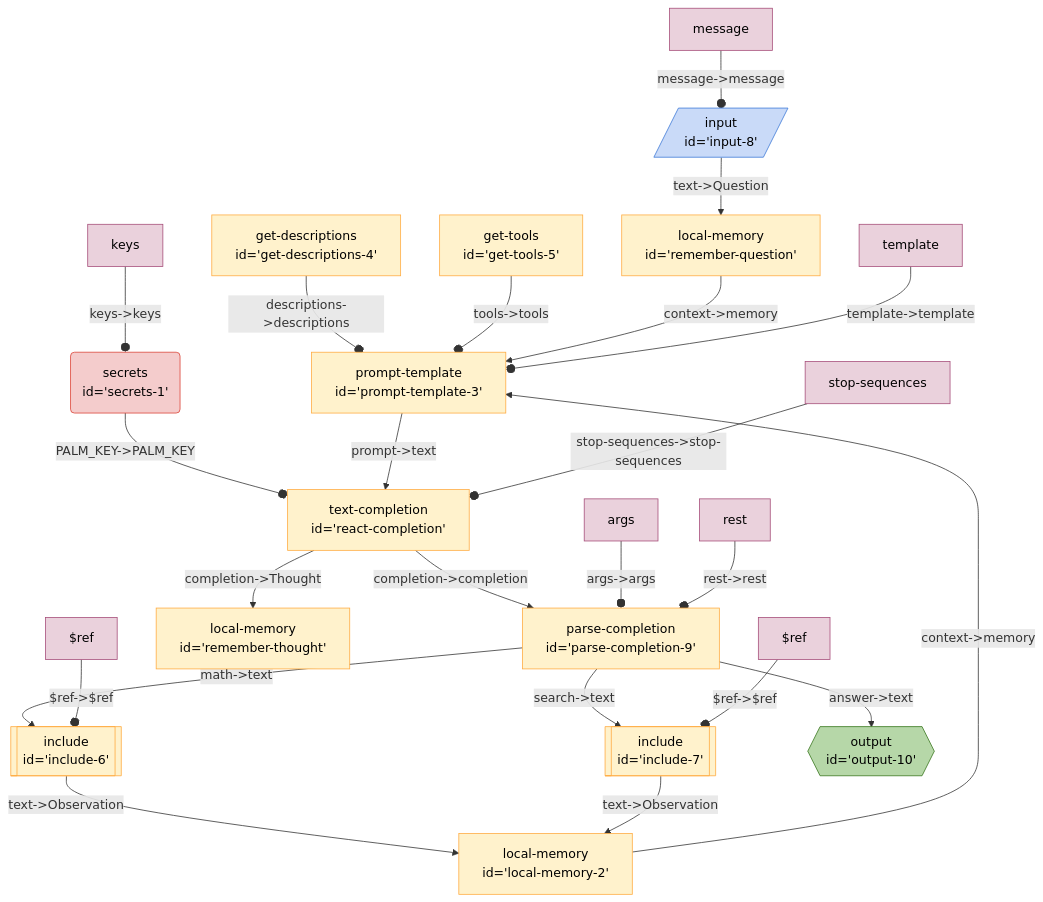
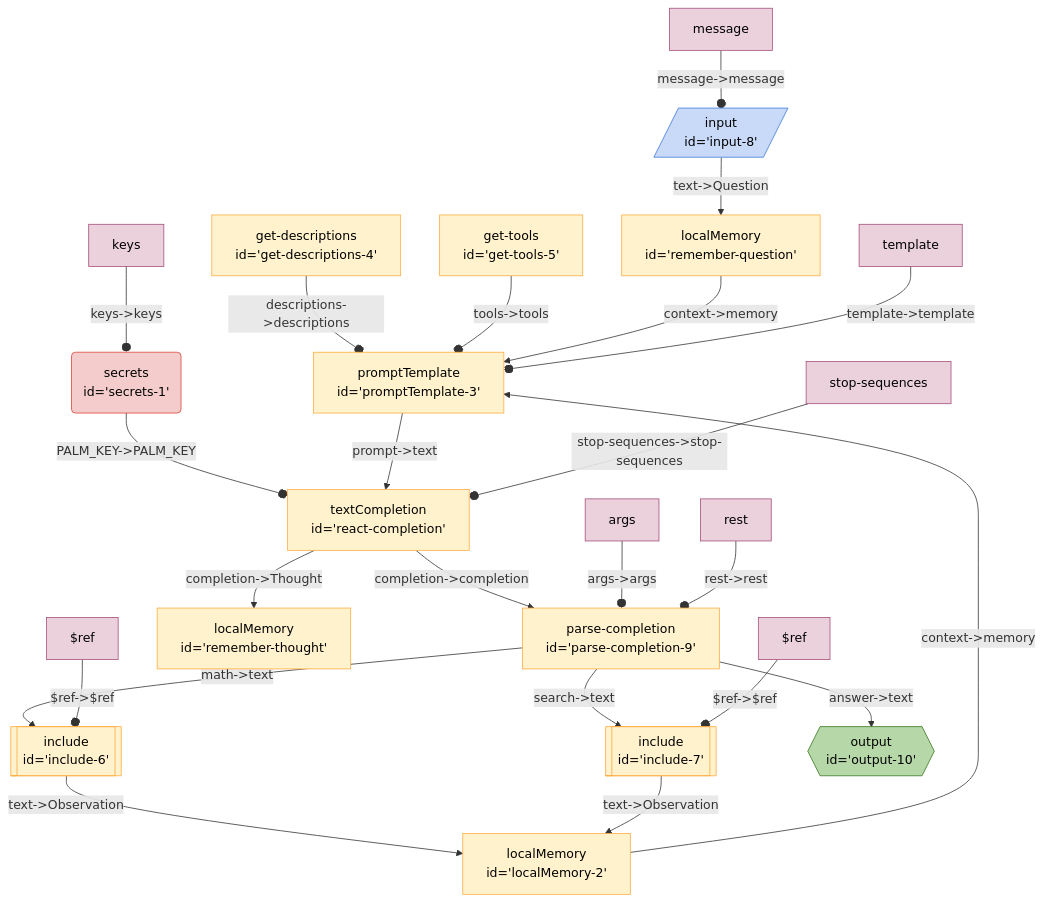
Before and after one commit to breadboard-ai/breadboard: the diagram in seeds/graph-playground/docs/graphs/react-with-include.md, drawn with Mermaid. The commit also changed 41 other files, not shown here.

````diff
--- a/seeds/graph-playground/docs/graphs/react-with-include.md
+++ b/seeds/graph-playground/docs/graphs/react-with-include.md
@@ -5,62 +5,62 @@
   ```mermaid
   %%{init: 'themeVariables': { 'fontFamily': 'Fira Code, monospace' }}%%
 graph TD;
 getdescriptions4["get-descriptions
-id='get-descriptions-4'"] -- "descriptions->descriptions" --o prompttemplate3["prompt-template
-id='prompt-template-3'"]
+id='get-descriptions-4'"] -- "descriptions->descriptions" --o promptTemplate3["promptTemplate
+id='promptTemplate-3'"]
 gettools5["get-tools
-id='get-tools-5'"] -- "tools->tools" --o prompttemplate3["prompt-template
-id='prompt-template-3'"]
-localmemory2["local-memory
-id='local-memory-2'"] -- "context->memory" --> prompttemplate3["prompt-template
-id='prompt-template-3'"]
+id='get-tools-5'"] -- "tools->tools" --o promptTemplate3["promptTemplate
+id='promptTemplate-3'"]
+localMemory2["localMemory
+id='localMemory-2'"] -- "context->memory" --> promptTemplate3["promptTemplate
+id='promptTemplate-3'"]
 secrets1("secrets
-id='secrets-1'"):::secrets -- "PALM_KEY->PALM_KEY" --o reactcompletion["text-completion
+id='secrets-1'"):::secrets -- "PALM_KEY->PALM_KEY" --o reactcompletion["textCompletion
 id='react-completion'"]
 include6[["include
-id='include-6'"]]:::include -- "text->Observation" --> localmemory2["local-memory
-id='local-memory-2'"]
+id='include-6'"]]:::include -- "text->Observation" --> localMemory2["localMemory
+id='localMemory-2'"]
 include7[["include
-id='include-7'"]]:::include -- "text->Observation" --> localmemory2["local-memory
-id='local-memory-2'"]
+id='include-7'"]]:::include -- "text->Observation" --> localMemory2["localMemory
+id='localMemory-2'"]
 parsecompletion9["parse-completion
 id='parse-completion-9'"] -- "search->text" --> include7[["include
 id='include-7'"]]:::include
 parsecompletion9["parse-completion
 id='parse-completion-9'"] -- "math->text" --> include6[["include
 id='include-6'"]]:::include
 parsecompletion9["parse-completion
 id='parse-completion-9'"] -- "answer->text" --> output10{{"output
 id='output-10'"}}:::output
-reactcompletion["text-completion
+reactcompletion["textCompletion
 id='react-completion'"] -- "completion->completion" --> parsecompletion9["parse-completion
 id='parse-completion-9'"]
-reactcompletion["text-completion
-id='react-completion'"] -- "completion->Thought" --> rememberthought["local-memory
+reactcompletion["textCompletion
+id='react-completion'"] -- "completion->Thought" --> rememberthought["localMemory
 id='remember-thought'"]
-prompttemplate3["prompt-template
-id='prompt-template-3'"] -- "prompt->text" --> reactcompletion["text-completion
+promptTemplate3["promptTemplate
+id='promptTemplate-3'"] -- "prompt->text" --> reactcompletion["textCompletion
 id='react-completion'"]
-rememberquestion["local-memory
-id='remember-question'"] -- "context->memory" --> prompttemplate3["prompt-template
-id='prompt-template-3'"]
+rememberquestion["localMemory
+id='remember-question'"] -- "context->memory" --> promptTemplate3["promptTemplate
+id='promptTemplate-3'"]
 input8[/"input
-id='input-8'"/]:::input -- "text->Question" --> rememberquestion["local-memory
+id='input-8'"/]:::input -- "text->Question" --> rememberquestion["localMemory
 id='remember-question'"]
 keyssecrets1[keys]:::config -- "keys->keys" --o secrets1
-templateprompttemplate3[template]:::config -- "template->template" --o prompttemplate3
+templatepromptTemplate3[template]:::config -- "template->template" --o promptTemplate3
 stopsequencesreactcompletion[stop-sequences]:::config -- "stop-sequences->stop-sequences" --o reactcompletion
 $refinclude6[$ref]:::config -- "$ref->$ref" --o include6
 $refinclude7[$ref]:::config -- "$ref->$ref" --o include7
 messageinput8[message]:::config -- "message->message" --o input8
 argsparsecompletion9[args]:::config -- "args->args" --o parsecompletion9
 restparsecompletion9[rest]:::config -- "rest->rest" --o parsecompletion9
 classDef default stroke:#ffab40,fill:#fff2ccff,color:#000
 classDef input stroke:#3c78d8,fill:#c9daf8ff,color:#000
 classDef output stroke:#38761d,fill:#b6d7a8ff,color:#000
 classDef passthrough stroke:#a64d79,fill:#ead1dcff,color:#000
 classDef slot stroke:#a64d79,fill:#ead1dcff,color:#000
 classDef config stroke:#a64d79,fill:#ead1dcff,color:#000
 classDef secrets stroke:#db4437,fill:#f4cccc,color:#000
 classDef slotted stroke:#a64d79
   ```
````
